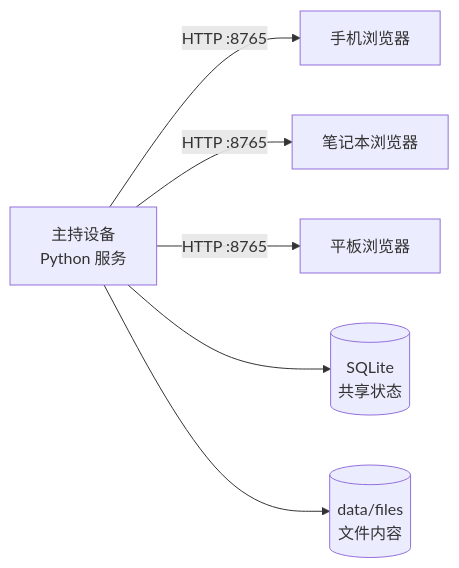
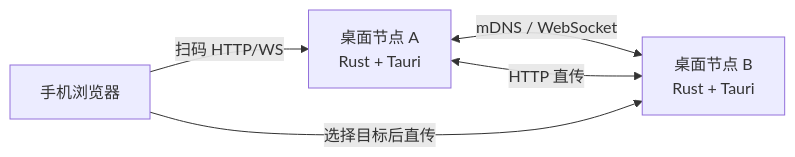
Before and after one commit to yangjinming1062/MeshShare: the first of 3 diagrams in docs/ARCHITECTURE_MAP.md, drawn with Mermaid. The commit also changed other lines of this file and 44 other files, not shown here.

First line of the commit message:
refactor(app): 用 Tauri/Rust 去中心化节点重构桌面与移动共享体验

````diff
--- a/docs/ARCHITECTURE_MAP.md
+++ b/docs/ARCHITECTURE_MAP.md
@@ -5,8 +5,7 @@
 ```mermaid
 flowchart LR
-  H[主持设备\nPython 服务] -->|HTTP :8765| A[手机浏览器]
-  H -->|HTTP :8765| B[笔记本浏览器]
-  H -->|HTTP :8765| C[平板浏览器]
-  H --> D[(SQLite\n共享状态)]
-  H --> E[(data/files\n文件内容)]
+  A[桌面节点 A\nRust + Tauri] <-->|mDNS / WebSocket| B[桌面节点 B\nRust + Tauri]
+  A <-->|HTTP 直传| B
+  P[手机浏览器] -->|扫码 HTTP/WS| A
+  P -->|选择目标后直传| B
 ```
````
